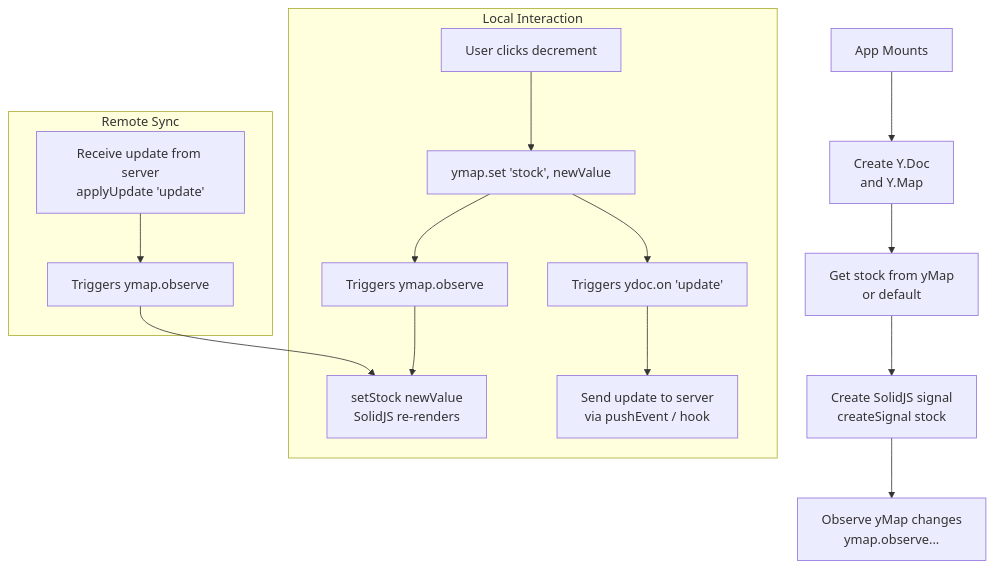
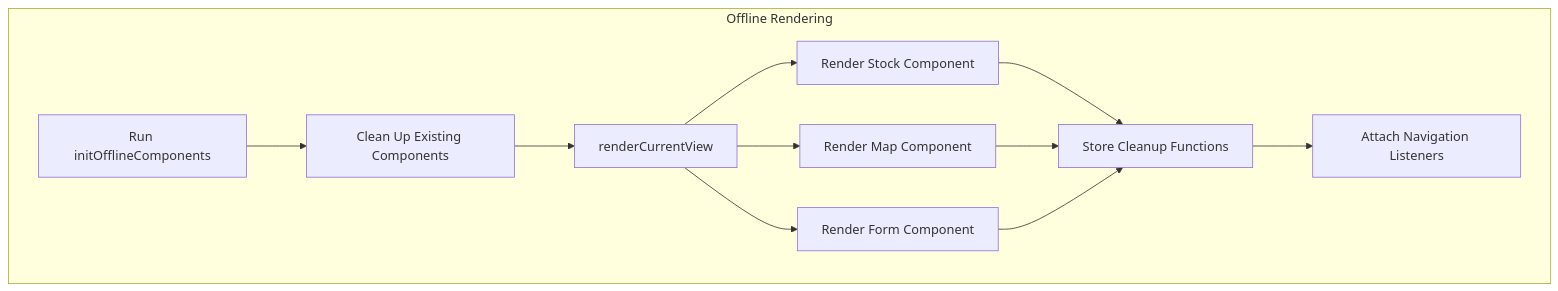
Before and after one commit to dwyl/PWA-Liveview: the sixth of 8 diagrams in README.md, drawn with Mermaid. The commit also changed other lines of this file and 121 other files, not shown here.

````diff
--- a/README.md
+++ b/README.md
@@ -368,22 +385,14 @@
 ```mermaid
 flowchart TD
-    A[App Mounts] --> B[Create Y.Doc <br>and Y.Map]
-    B --> C[Get stock from yMap <br> or default]
-    C --> D[Create SolidJS signal<br/> createSignal stock]
-    D --> E[Observe yMap changes<br/>ymap.observe...]
-
-    subgraph Local Interaction
-        F[User clicks decrement]
-        F --> G[ymap.set 'stock', newValue]
-        G --> H[Triggers ymap.observe]
-        H --> I[setStock newValue <br/>SolidJS re-renders]
-        G --> J[Triggers ydoc.on 'update']
-        J --> K[Send update to server<br/>via pushEvent / hook]
-    end
-
-    subgraph Remote Sync
-        L[Receive update from server<br/>applyUpdate 'update']
-        L --> M[Triggers ymap.observe]
-        M --> I
+    subgraph "Offline Rendering"
+        D[Run initOfflineComponents] --> F[Clean Up Existing Components]
+        F -->E[renderCurrentView]
+        E --> G1[Render Stock Component]
+        E --> H1[Render Map Component]
+        E --> I1[Render Form Component]
+        G1 --> J[Store Cleanup Functions]
+        H1 --> J
+        I1 --> J
+        J --> M[Attach Navigation Listeners]
     end
 ```
````
